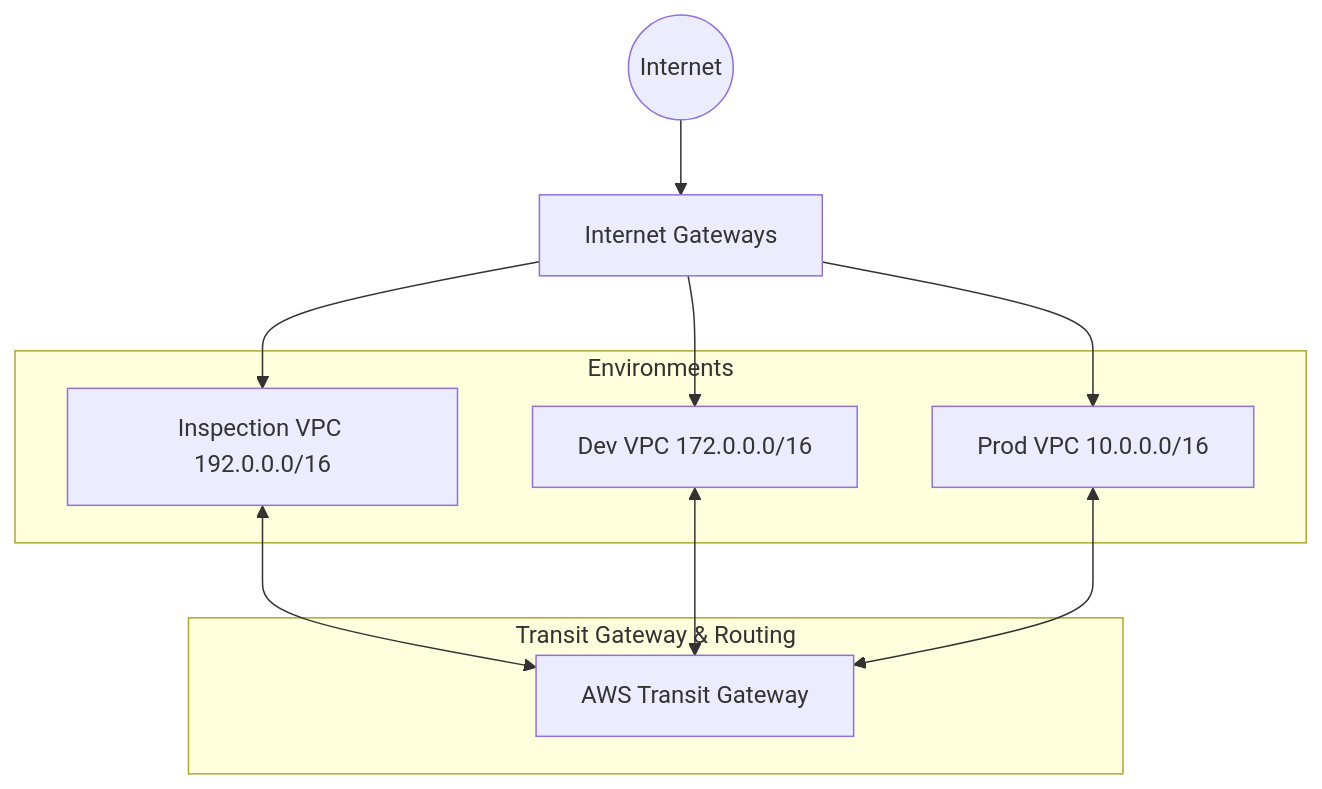
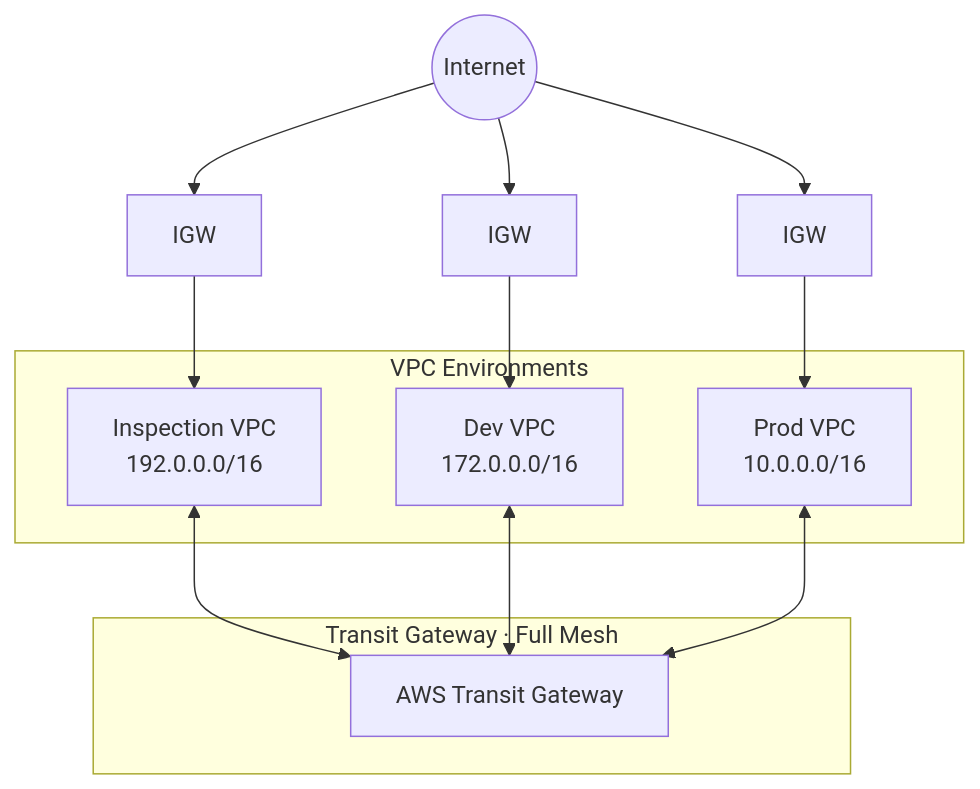
Before and after one commit to santhosh9349/gh_aw_drift_detection: the second of 2 diagrams in README.md, drawn with Mermaid. The commit also changed other lines of this file and 1 other file, not shown here.

````diff
--- a/README.md
+++ b/README.md
@@ -16,24 +230,22 @@
 ```mermaid
 graph TD
     Internet((Internet))
-    IGW[Internet Gateways]
-    
-    subgraph Hub [Transit Gateway & Routing]
+
+    subgraph Routing ["Transit Gateway · Full Mesh"]
         TGW[AWS Transit Gateway]
     end
-    
-    subgraph Envs [Environments]
-        VPC_Insp[Inspection VPC 192.0.0.0/16]
-        VPC_Dev[Dev VPC 172.0.0.0/16]
-        VPC_Prod[Prod VPC 10.0.0.0/16]
+
+    subgraph VPCs ["VPC Environments"]
+        V1["Inspection VPC\n192.0.0.0/16"]
+        V2["Dev VPC\n172.0.0.0/16"]
+        V3["Prod VPC\n10.0.0.0/16"]
     end
-    
-    Internet --> IGW
-    IGW --> VPC_Insp
-    IGW --> VPC_Dev
-    IGW --> VPC_Prod
-    
-    VPC_Insp <--> TGW
-    VPC_Dev <--> TGW
-    VPC_Prod <--> TGW
+
+    Internet --> IGW1[IGW] & IGW2[IGW] & IGW3[IGW]
+    IGW1 --> V1
+    IGW2 --> V2
+    IGW3 --> V3
+    V1 <--> TGW
+    V2 <--> TGW
+    V3 <--> TGW
 ```
````
